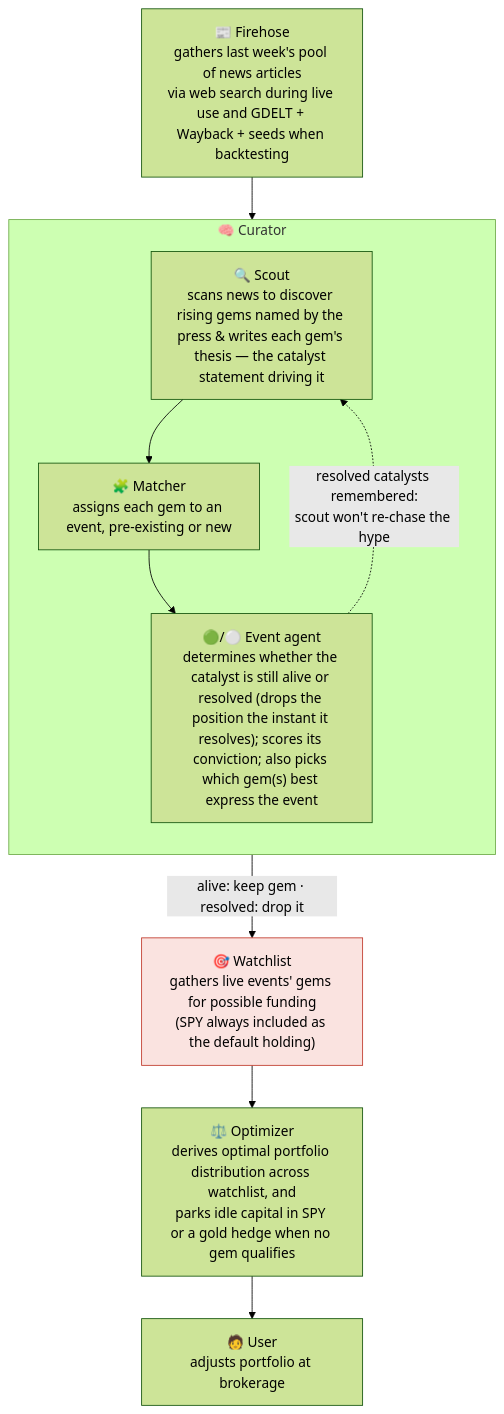
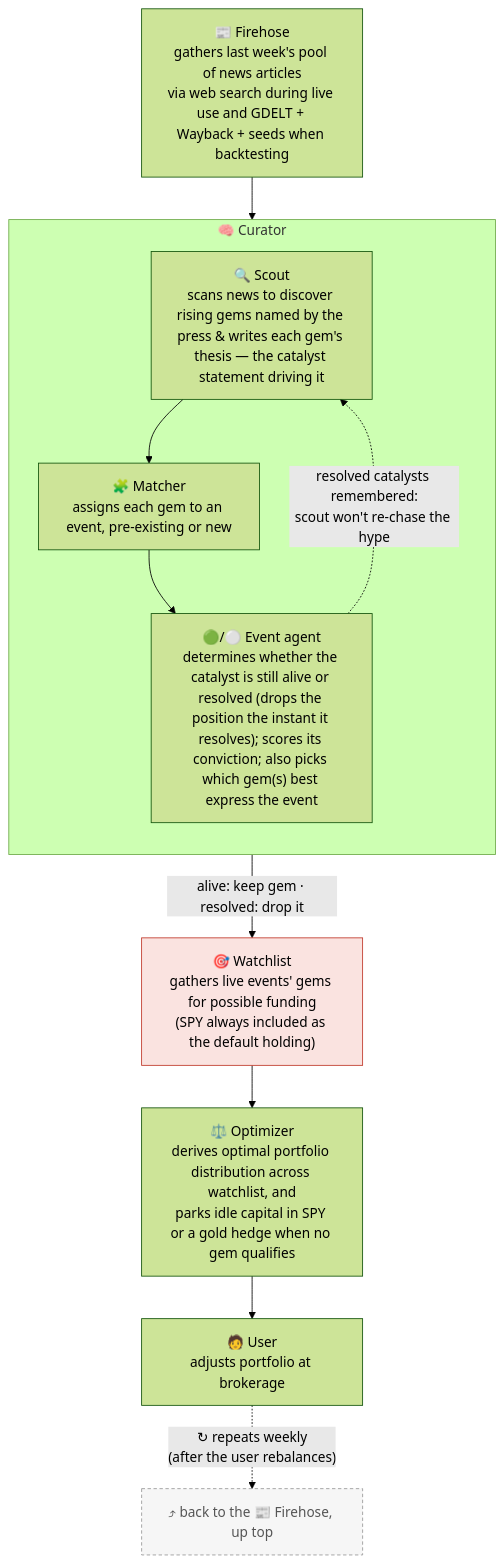
The first of 2 diagrams in README.md (joehahn/geo-herd-rider), drawn with Mermaid (forest theme) before and after one commit.

Commit message:
README diagram: User loop-back HINT (arrow -> 'back to Firehose' annotation) keeps Firehose on top
Adds a dashed 'repeats weekly (after the user rebalances)' arrow from User to a grey annotation node
'back to the Firehose, up top' -- hints the weekly loop without a real User->Firehose edge (which would
drop Firehose off the top). Best of both: Firehose stays top, Curator box stays, loop is shown.

````diff
--- a/README.md
+++ b/README.md
@@ -18,24 +18,27 @@
 ```mermaid
 flowchart TD
     S["📰 Firehose<br/>gathers last week's pool of news articles<br/>via web search during live use and GDELT + Wayback + seeds when backtesting"]
     S --> SC
 
     subgraph CUR["🧠 Curator"]
       direction TB
       SC["🔍 Scout<br/>scans news to discover rising gems named by the press & writes each gem's thesis — the catalyst statement driving it"]
       MA["🧩 Matcher<br/>assigns each gem to an event, pre-existing or new"]
       AG["🟢/⚪ Event agent<br/>determines whether the catalyst is still alive or resolved (drops the position the instant it resolves); scores its conviction; also picks which gem(s) best express the event"]
       SC --> MA --> AG
     end
 
     E["🎯 Watchlist<br/>gathers live events' gems for possible funding<br/>(SPY always included as the default holding)"]
     W["⚖️ Optimizer<br/>derives optimal portfolio distribution across watchlist, and<br/>parks idle capital in SPY or a gold hedge when no gem qualifies"]
     U["🧑 User<br/>adjusts portfolio at brokerage"]
 
     AG -- "alive: keep gem · resolved: drop it" --> E
     AG -. "resolved catalysts remembered:<br/>scout won't re-chase the hype" .-> SC
     E --> W --> U
+    U -. "↻ repeats weekly<br/>(after the user rebalances)" .-> LP["⤴ back to the 📰 Firehose, up top"]
 
+    classDef loop fill:#f6f6f6,stroke:#999,stroke-dasharray:4 3,color:#555;
+    class LP loop
     classDef bet fill:#fae3e0,stroke:#c0392b;
     class E bet
 ```
````
